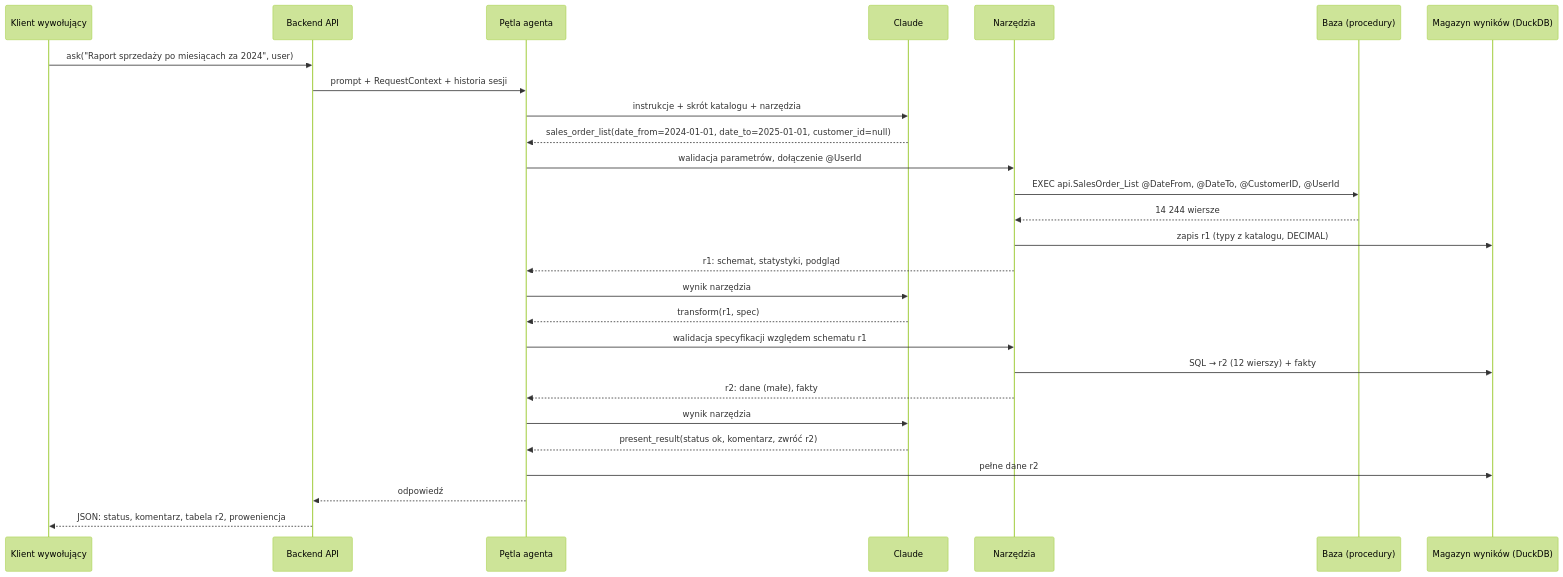
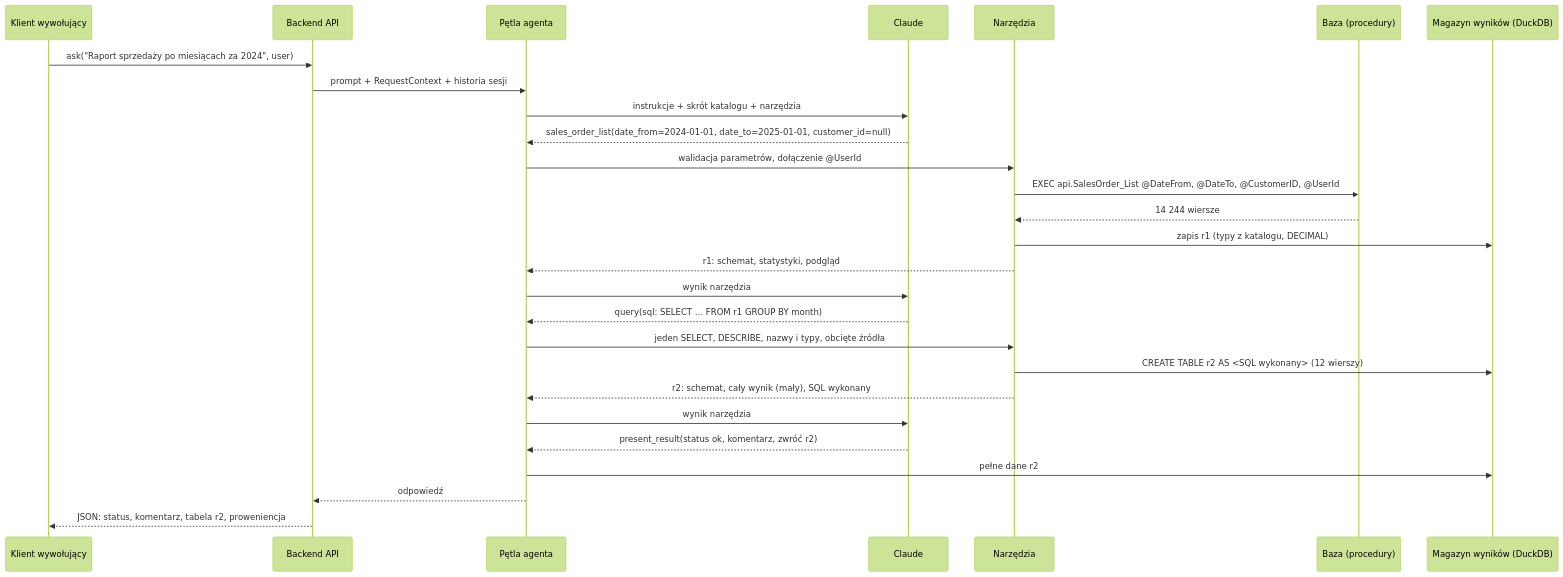
One commit to Pigula1984/data-concierge changed the second of 2 diagrams in docs/architecture/001-architektura-data-concierge.md. Above: the diagram before and after it, drawn with Mermaid (forest theme). The commit also changed other lines of this file and 33 other files, not shown here.

````diff
--- a/docs/architecture/001-architektura-data-concierge.md
+++ b/docs/architecture/001-architektura-data-concierge.md
@@ -439,30 +512,30 @@
 ```mermaid
 sequenceDiagram
     participant C as Klient wywołujący
     participant API as Backend API
     participant A as Pętla agenta
     participant M as Claude
     participant T as Narzędzia
     participant DB as Baza (procedury)
     participant RS as Magazyn wyników (DuckDB)
 
     C->>API: ask("Raport sprzedaży po miesiącach za 2024", user)
     API->>A: prompt + RequestContext + historia sesji
     A->>M: instrukcje + skrót katalogu + narzędzia
     M-->>A: sales_order_list(date_from=2024-01-01, date_to=2025-01-01, customer_id=null)
     A->>T: walidacja parametrów, dołączenie @UserId
     T->>DB: EXEC api.SalesOrder_List @DateFrom, @DateTo, @CustomerID, @UserId
     DB-->>T: 14 244 wiersze
     T->>RS: zapis r1 (typy z katalogu, DECIMAL)
     T-->>A: r1: schemat, statystyki, podgląd
     A->>M: wynik narzędzia
-    M-->>A: transform(r1, spec)
-    A->>T: walidacja specyfikacji względem schematu r1
-    T->>RS: SQL → r2 (12 wierszy) + fakty
-    T-->>A: r2: dane (małe), fakty
+    M-->>A: query(sql: SELECT … FROM r1 GROUP BY month)
+    A->>T: jeden SELECT, DESCRIBE, nazwy i typy, obcięte źródła
+    T->>RS: CREATE TABLE r2 AS <SQL wykonany> (12 wierszy)
+    T-->>A: r2: schemat, cały wynik (mały), SQL wykonany
     A->>M: wynik narzędzia
     M-->>A: present_result(status ok, komentarz, zwróć r2)
     A->>RS: pełne dane r2
     A-->>API: odpowiedź
     API-->>C: JSON: status, komentarz, tabela r2, proweniencja
 ```
````
